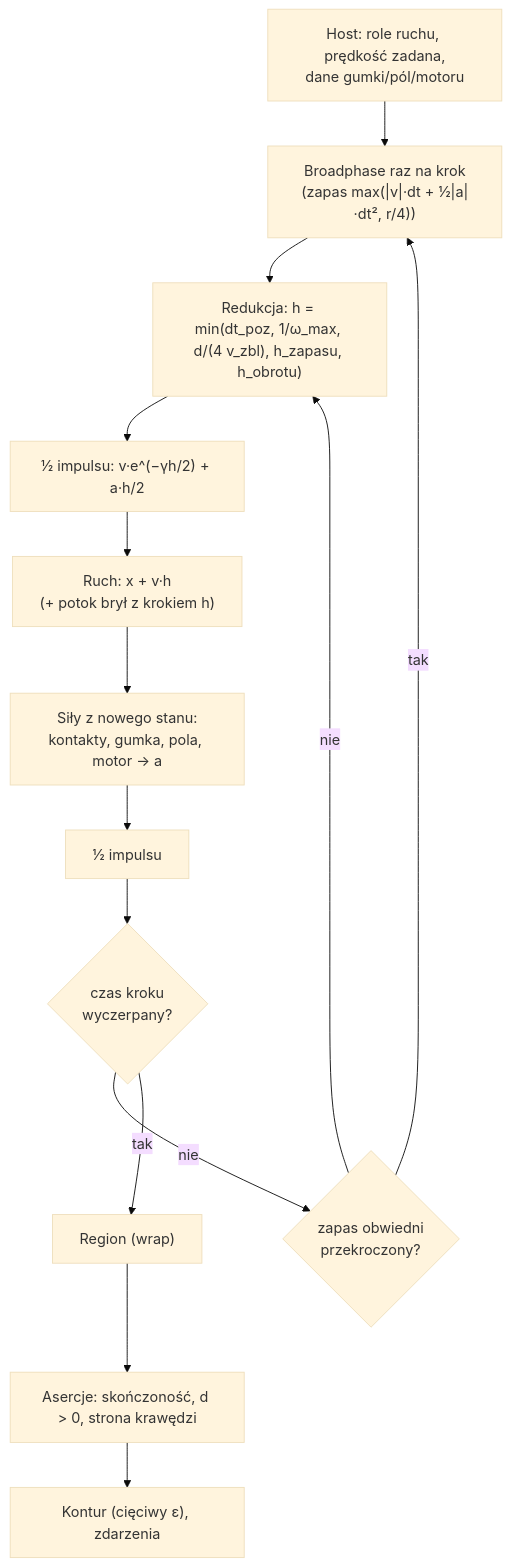
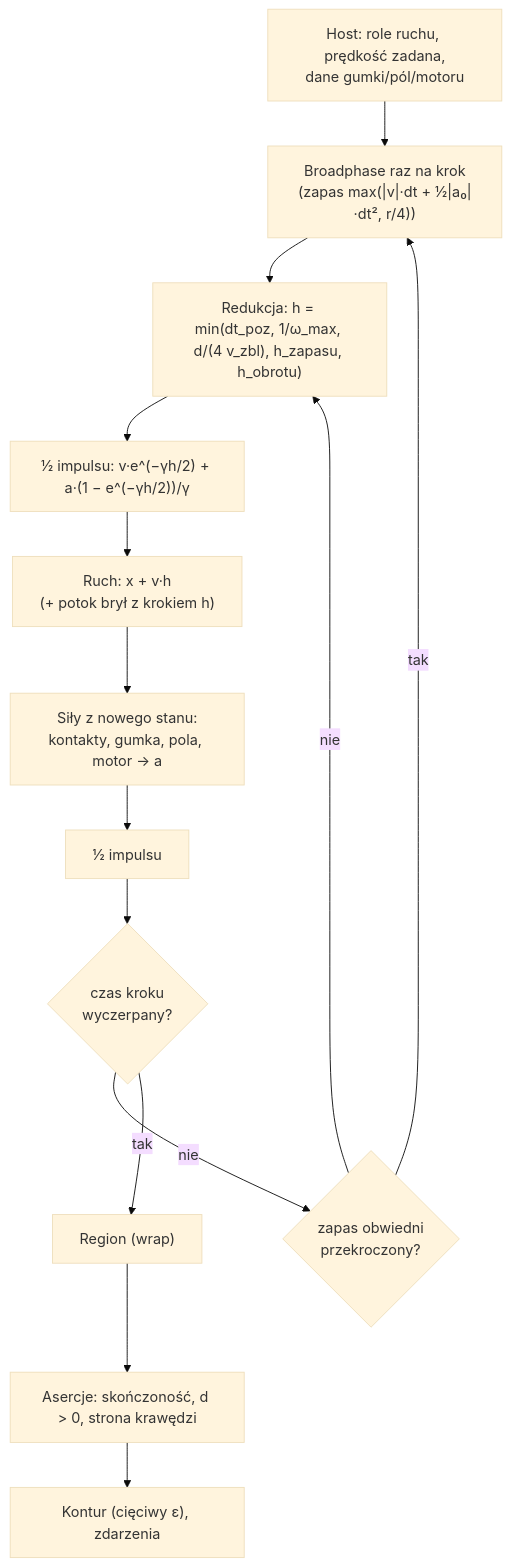
Before and after one commit to MariuszAdamowicz/BubblePhysics: the third of 3 diagrams in docs/sdlc/changes/2026-11-23-engine-4-0-0/change-design.md, drawn with Mermaid (base theme). The commit also changed other lines of this file, not shown here.

First line of the commit message:
docs(change-design): poprawki po drugiej ocenie — statyka od d*, krok bez postępu na parze, granica prędkości float32, zapas z sił bez kontaktów

````diff
--- a/docs/sdlc/changes/2026-11-23-engine-4-0-0/change-design.md
+++ b/docs/sdlc/changes/2026-11-23-engine-4-0-0/change-design.md
@@ -200,16 +199,16 @@
 ```mermaid
 flowchart TD
-  host["Host: role ruchu, prędkość zadana,<br/>dane gumki/pól/motoru"] --> bp["Broadphase raz na krok<br/>(zapas max(|v|·dt + ½|a|·dt², r/4))"]
+  host["Host: role ruchu, prędkość zadana,<br/>dane gumki/pól/motoru"] --> bp["Broadphase raz na krok<br/>(zapas max(|v|·dt + ½|a₀|·dt², r/4))"]
   bp --> h["Redukcja: h = min(dt_poz, 1/ω_max, d/(4 v_zbl), h_zapasu, h_obrotu)"]
-  h --> k1["½ impulsu: v·e^(−γh/2) + a·h/2"]
+  h --> k1["½ impulsu: v·e^(−γh/2) + a·(1 − e^(−γh/2))/γ"]
   k1 --> d["Ruch: x + v·h<br/>(+ potok brył z krokiem h)"]
   d --> f["Siły z nowego stanu:<br/>kontakty, gumka, pola, motor → a"]
   f --> k2["½ impulsu"]
   k2 --> m{"czas kroku<br/>wyczerpany?"}
   m -- nie --> rb{"zapas obwiedni<br/>przekroczony?"}
   rb -- tak --> bp
   rb -- nie --> h
   m -- tak --> reg["Region (wrap)"]
   reg --> as["Asercje: skończoność, d > 0, strona krawędzi"]
   as --> out["Kontur (cięciwy ε), zdarzenia"]
 ```
````
